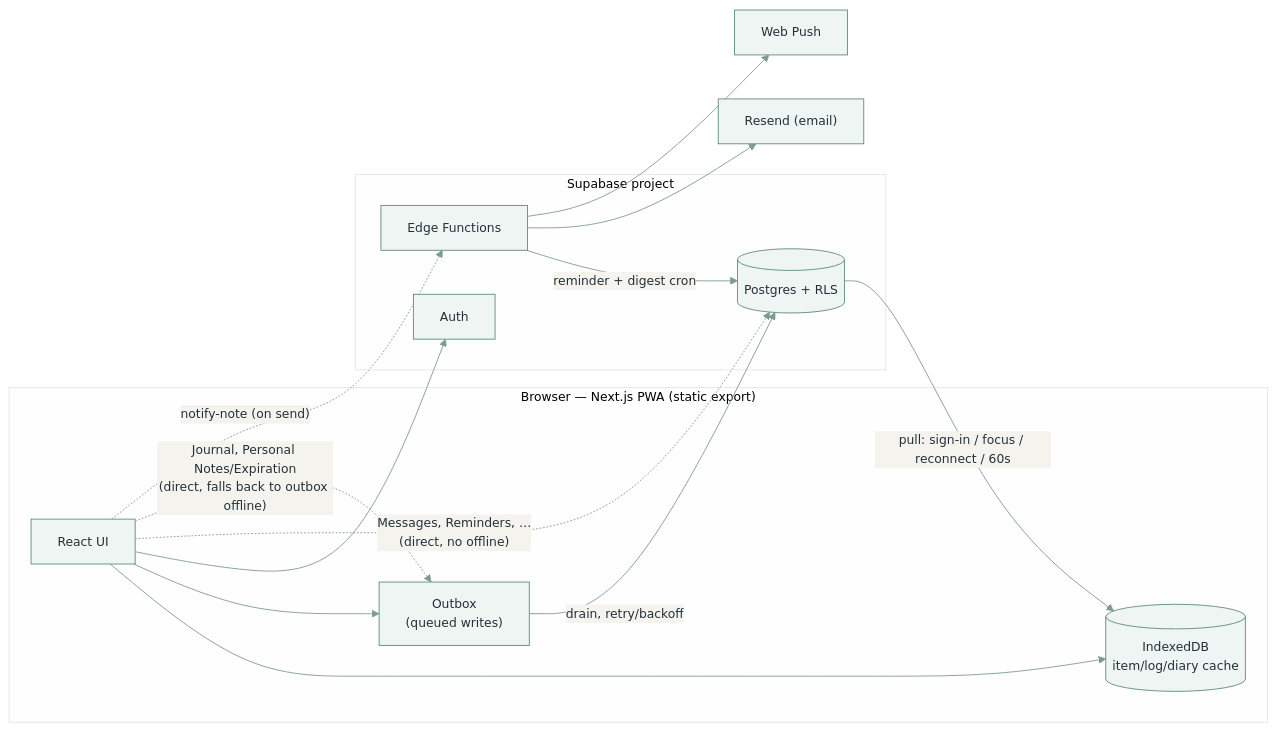
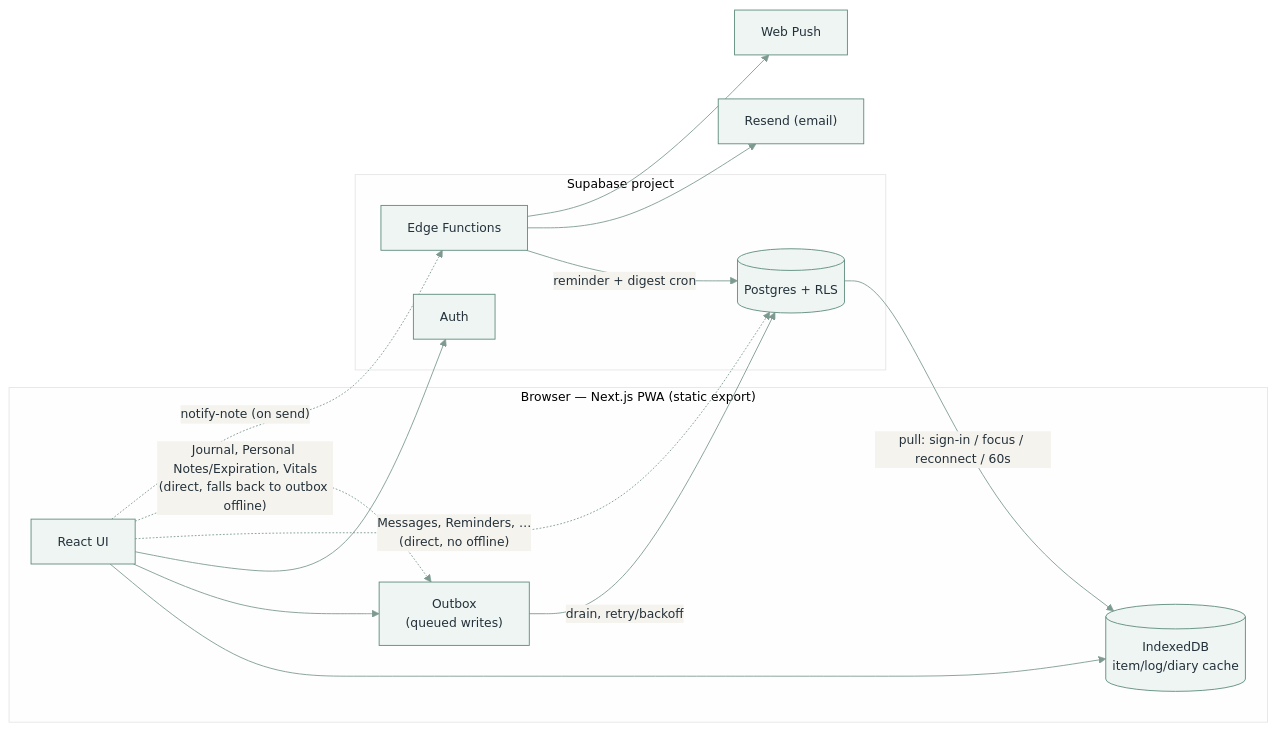
One commit to xxvazquez/health-management changed the diagram in README.md. Above: the diagram before and after it, drawn with Mermaid. The commit also changed other lines of this file and 4 other files, not shown here.

Commit message:
Give Vitals the same offline fallback as Journal/Notes/Expiration

````diff
--- a/README.md
+++ b/README.md
@@ -103,29 +103,29 @@
 ```mermaid
 %%{init: {"theme": "base", "themeVariables": {
   "primaryColor": "#eef5f3", "primaryBorderColor": "#5c8a7a",
   "primaryTextColor": "#24313a", "lineColor": "#7d9a90",
   "fontFamily": "Inter, -apple-system, sans-serif", "fontSize": "14px"
 }}}%%
 flowchart LR
     subgraph browser["Browser — Next.js PWA (static export)"]
         ui["React UI"]
         idb[("IndexedDB<br/>item/log/diary cache")]
         outbox["Outbox<br/>(queued writes)"]
         ui --> idb
         ui --> outbox
     end
     subgraph supa["Supabase project"]
         pg[("Postgres + RLS")]
         auth["Auth"]
         ef["Edge Functions"]
     end
     outbox -->|"drain, retry/backoff"| pg
     pg -->|"pull: sign-in / focus / reconnect / 60s"| idb
     ui --> auth
     ui -.->|"Messages, Reminders, …<br/>(direct, no offline)"| pg
-    ui -.->|"Journal, Personal Notes/Expiration<br/>(direct, falls back to outbox offline)"| outbox
+    ui -.->|"Journal, Personal Notes/Expiration, Vitals<br/>(direct, falls back to outbox offline)"| outbox
     ui -.->|"notify-note (on send)"| ef
     ef -->|"reminder + digest cron"| pg
     ef --> resend["Resend (email)"]
     ef --> push["Web Push"]
 ```
````
